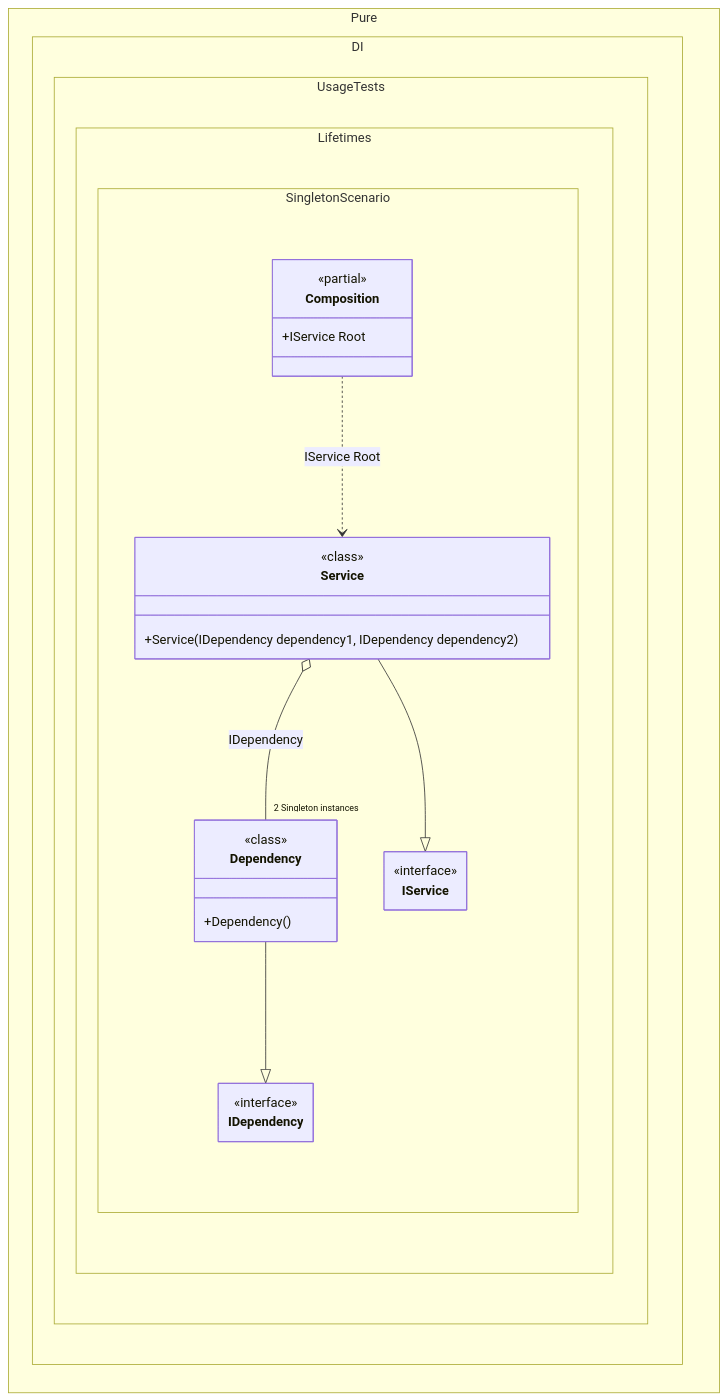
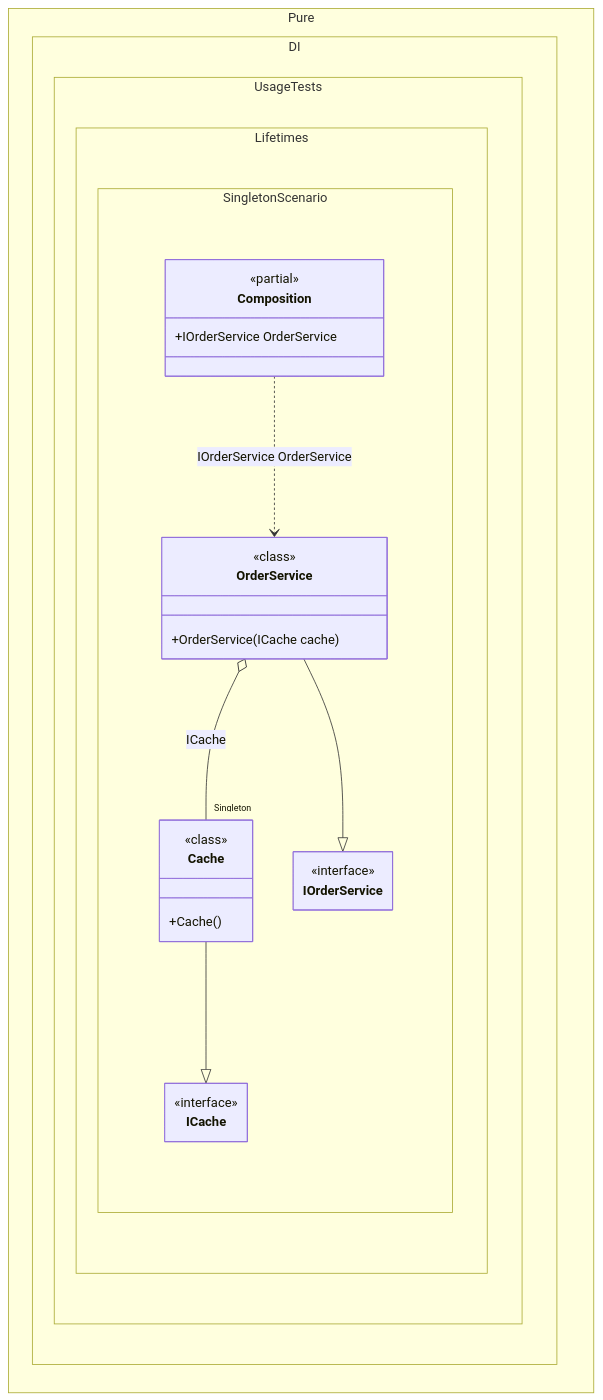
One commit to DevTeam/Pure.DI changed the diagram in readme/singleton.md. Above: the diagram before and after it, drawn with Mermaid. The commit also changed other lines of this file and 126 other files, not shown here.

````diff
--- a/readme/singleton.md
+++ b/readme/singleton.md
@@ -140,34 +167,34 @@
 ```mermaid
 ---
  config:
   maxTextSize: 2147483647
   maxEdges: 2147483647
   class:
    hideEmptyMembersBox: true
 ---
 classDiagram
-	Dependency --|> IDependency
-	Service --|> IService
-	Composition ..> Service : IService Root
-	Service o-- "2 Singleton instances" Dependency : IDependency
+	Cache --|> ICache
+	OrderService --|> IOrderService
+	Composition ..> OrderService : IOrderService OrderService
+	OrderService o-- "Singleton" Cache : ICache
 	namespace Pure.DI.UsageTests.Lifetimes.SingletonScenario {
+		class Cache {
+				<<class>>
+			+Cache()
+		}
 		class Composition {
 		<<partial>>
-		+IService Root
+		+IOrderService OrderService
 		}
-		class Dependency {
-				<<class>>
-			+Dependency()
-		}
-		class IDependency {
+		class ICache {
 			<<interface>>
 		}
-		class IService {
+		class IOrderService {
 			<<interface>>
 		}
-		class Service {
+		class OrderService {
 				<<class>>
-			+Service(IDependency dependency1, IDependency dependency2)
+			+OrderService(ICache cache)
 		}
 	}
 ```
````
